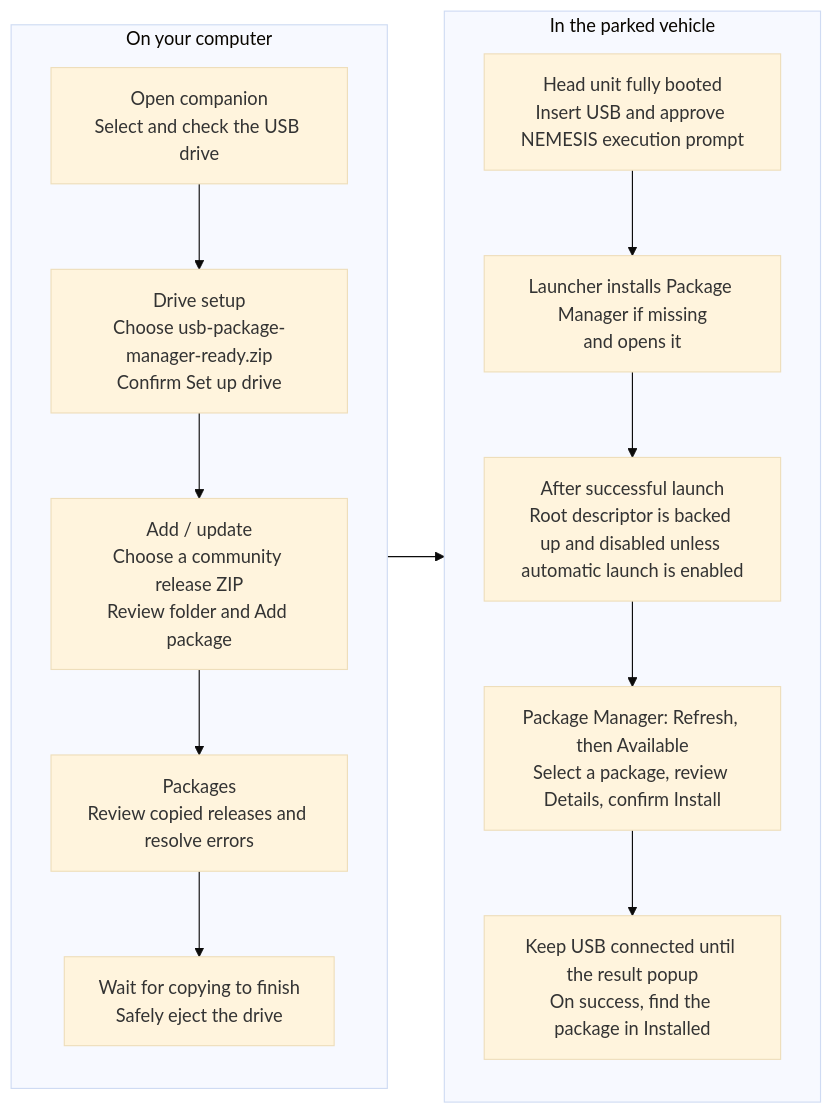
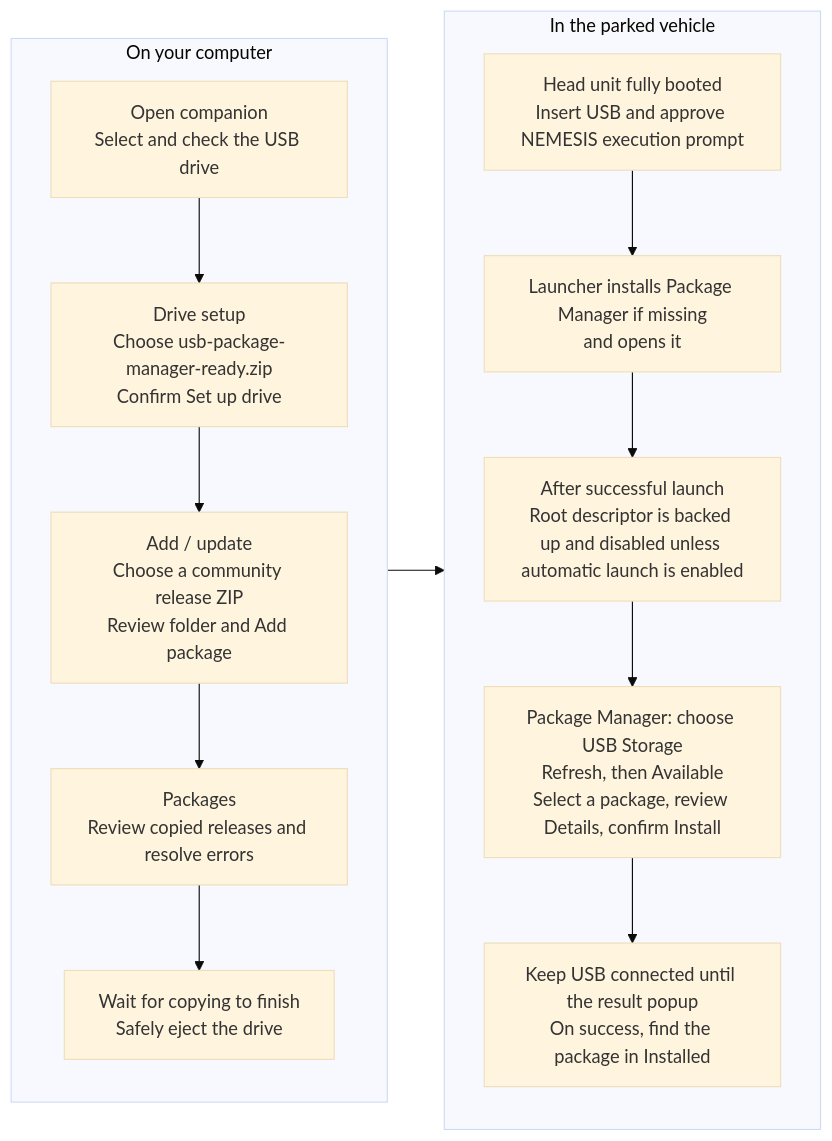
One commit to hmason55/nemesis-package-manager changed the sixth of 10 diagrams in docs/WORKFLOW-REFERENCE.md. Above: the diagram before and after it, drawn with Mermaid (base theme). The commit also changed other lines of this file and 47 other files, not shown here.

````diff
--- a/docs/WORKFLOW-REFERENCE.md
+++ b/docs/WORKFLOW-REFERENCE.md
@@ -106,20 +135,20 @@
 ```mermaid
 flowchart LR
     subgraph computer["On your computer"]
         direction TB
         select["Open companion<br/>Select and check the USB drive"]
         select --> setup["Drive setup<br/>Choose usb-package-manager-ready.zip<br/>Confirm Set up drive"]
         setup --> add["Add / update<br/>Choose a community release ZIP<br/>Review folder and Add package"]
         add --> review["Packages<br/>Review copied releases and resolve errors"]
         review --> eject["Wait for copying to finish<br/>Safely eject the drive"]
     end
     subgraph car["In the parked vehicle"]
         direction TB
         vehicle["Head unit fully booted<br/>Insert USB and approve NEMESIS execution prompt"]
         vehicle --> open["Launcher installs Package Manager if missing<br/>and opens it"]
         open --> disable["After successful launch<br/>Root descriptor is backed up and disabled unless automatic launch is enabled"]
-        disable --> install["Package Manager: Refresh, then Available<br/>Select a package, review Details, confirm Install"]
+        disable --> install["Package Manager: choose USB Storage<br/>Refresh, then Available<br/>Select a package, review Details, confirm Install"]
         install --> result["Keep USB connected until the result popup<br/>On success, find the package in Installed"]
     end
     computer --> car
 ```
````
